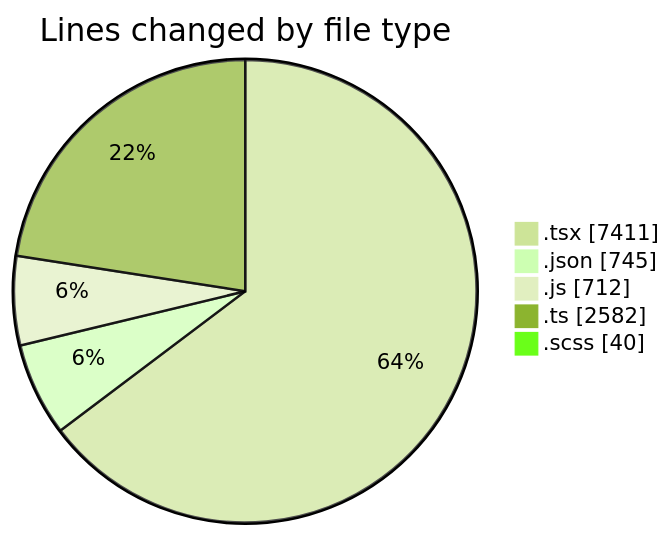
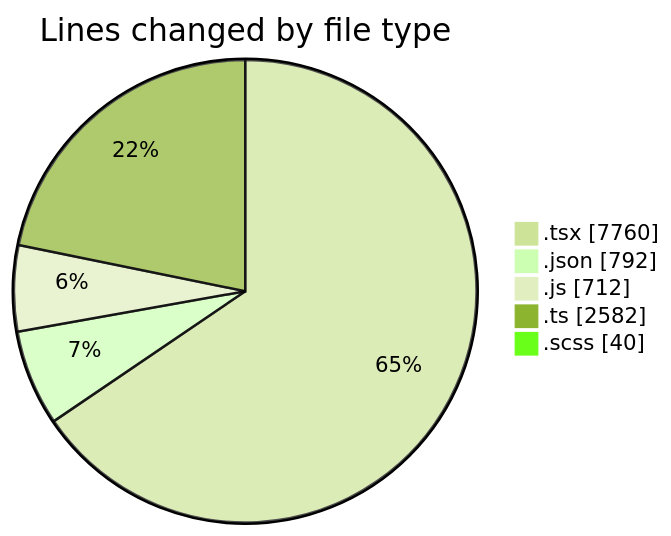
Before and after one commit to momahboobian/code-tracking: the first of 2 diagrams in 2026-08-07/cda/README.md, drawn with Mermaid (forest theme). The commit also changed other lines of this file and 1 other file, not shown here.

````diff
--- a/2026-08-07/cda/README.md
+++ b/2026-08-07/cda/README.md
@@ -35,9 +35,9 @@
 ```mermaid
 pie showData
 title Lines changed by file type
-".tsx" : 7411
-".json" : 745
+".tsx" : 7760
+".json" : 792
 ".js" : 712
 ".ts" : 2582
 ".scss" : 40
 ```
````
